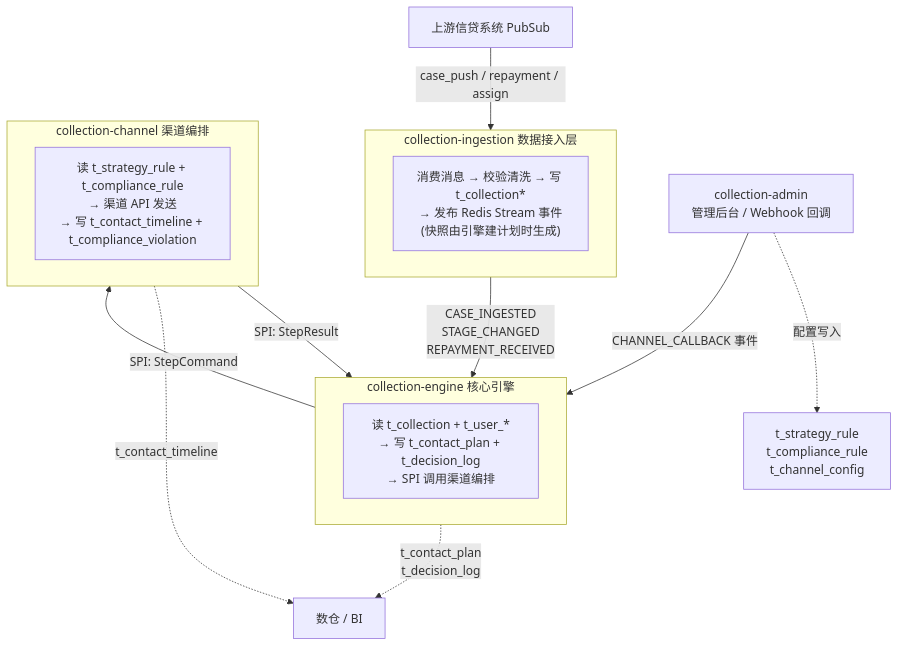
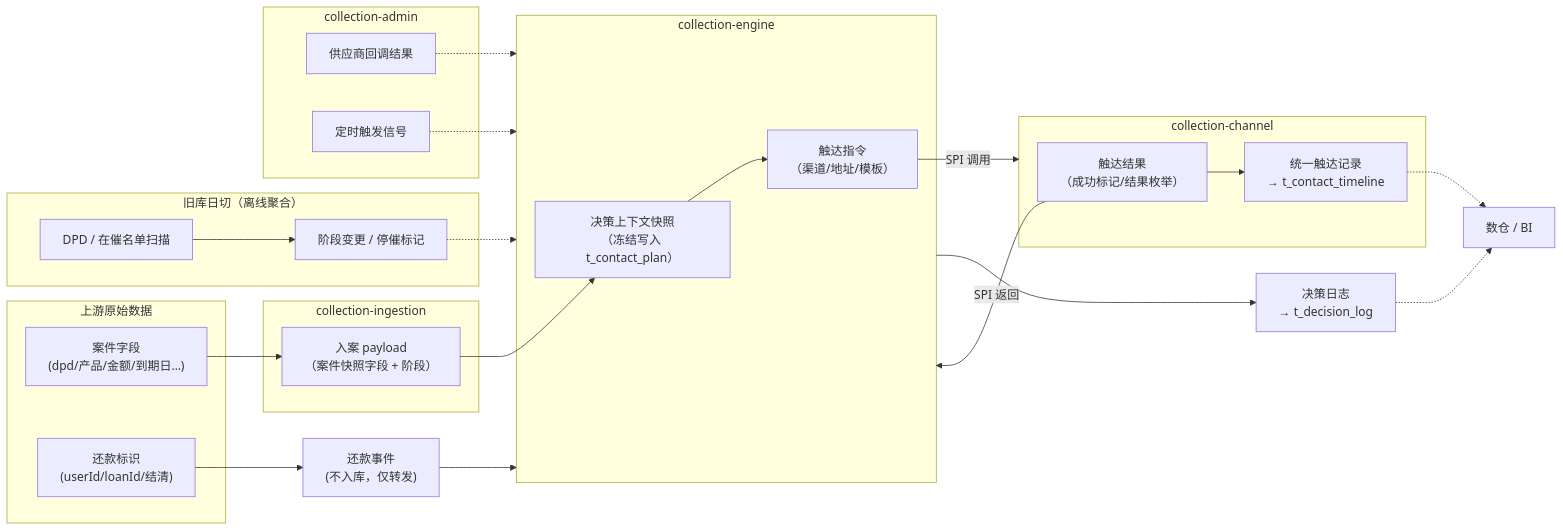
The first of 2 diagrams in docs/MOCASA催收系统升级_Phase1_领域模型与数据定义.md (katherineliu2102/Intelligent-Collection-V1), drawn with Mermaid before and after one commit. The commit also changed other lines of this file and 65 other files, not shown here.

````diff
--- a/docs/MOCASA催收系统升级_Phase1_领域模型与数据定义.md
+++ b/docs/MOCASA催收系统升级_Phase1_领域模型与数据定义.md
@@ -35,29 +52,50 @@
 ```mermaid
-flowchart TD
-    EXT["上游信贷系统 PubSub"] -->|"case_push / repayment / assign"| ING
-
-    subgraph ING["collection-ingestion 数据接入层"]
-        I1["消费消息 → 校验清洗 → 写 t_collection*\n→ 发布 Redis Stream 事件\n(快照由引擎建计划时生成)"]
+flowchart LR
+    subgraph SRC["上游原始数据"]
+        D1["案件字段\n(dpd/产品/金额/到期日…)"]
+        D2["还款标识\n(userId/loanId/结清)"]
     end
 
-    ING -->|"CASE_INGESTED\nSTAGE_CHANGED\nREPAYMENT_RECEIVED"| ENG
-
-    subgraph ENG["collection-engine 核心引擎"]
-        E1["读 t_collection + t_user_*\n→ 写 t_contact_plan + t_decision_log\n→ SPI 调用渠道编排"]
+    subgraph ING["collection-ingestion"]
+        PAY["入案 payload\n（案件快照字段 + 阶段）"]
     end
 
-    ENG -->|"SPI: StepCommand"| CH
-    CH -->|"SPI: StepResult"| ENG
+    D1 --> PAY
+    D2 --> ING2["还款事件\n(不入库，仅转发)"]
 
-    subgraph CH["collection-channel 渠道编排"]
-        C1["读 t_strategy_rule + t_compliance_rule\n→ 渠道 API 发送\n→ 写 t_contact_timeline + t_compliance_violation"]
+    subgraph OLD["旧库日切（离线聚合）"]
+        ROLL["DPD / 在催名单扫描"] --> STG["阶段变更 / 停催标记"]
     end
 
-    ADM["collection-admin\n管理后台 / Webhook 回调"]
-    ADM -->|"CHANNEL_CALLBACK 事件"| ENG
-    ADM -.->|"配置写入"| CFG["t_strategy_rule\nt_compliance_rule\nt_channel_config"]
+    PAY --> SNAP
+    STG -.-> ENGIN
+    ING2 --> ENGIN
 
-    DW["数仓 / BI"]
-    ENG -.->|"t_contact_plan\nt_decision_log"| DW
-    CH -.->|"t_contact_timeline"| DW
+    subgraph ENGIN["collection-engine"]
+        SNAP["决策上下文快照\n（冻结写入 t_contact_plan）"]
+        CMD["触达指令\n（渠道/地址/模板）"]
+        SNAP --> CMD
+    end
+
+    CMD -->|"SPI 调用"| CH
+
+    subgraph CH["collection-channel"]
+        RES["触达结果\n（成功标记/结果枚举）"]
+        REC["统一触达记录\n→ t_contact_timeline"]
+        RES --> REC
+    end
+
+    RES -->|"SPI 返回"| ENGIN
+    ENGIN --> LOG["决策日志\n→ t_decision_log"]
+
+    subgraph ADM["collection-admin"]
+        CB["供应商回调结果"]
+        SIG["定时触发信号"]
+    end
+
+    CB -.-> ENGIN
+    SIG -.-> ENGIN
+
+    REC -.-> DW["数仓 / BI"]
+    LOG -.-> DW
 ```
````
